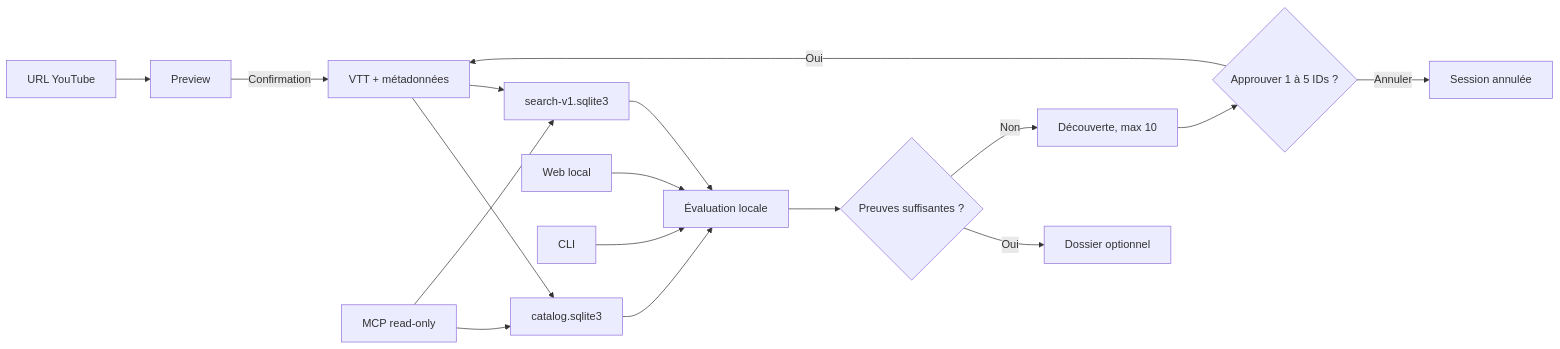
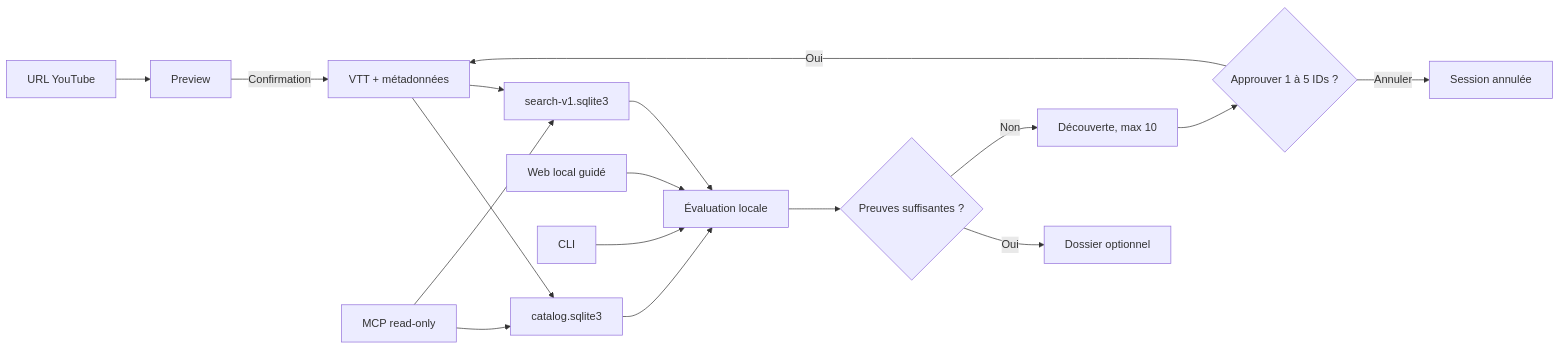
The diagram in docs/DELIVERY-RECAP.md (FlorianBruniaux/youtube-video-insights), drawn with Mermaid before and after one commit. The commit also changed other lines of this file and 30 other files, not shown here.

Commit message:
feat(web): clarify the local research workflow

````diff
--- a/docs/DELIVERY-RECAP.md
+++ b/docs/DELIVERY-RECAP.md
@@ -36,19 +36,19 @@
 ```mermaid
 flowchart LR
     Y[URL YouTube] --> P[Preview]
     P -->|Confirmation| V[VTT + métadonnées]
     V --> C[catalog.sqlite3]
     V --> F[search-v1.sqlite3]
     C --> R[Évaluation locale]
     F --> R
     R --> Q{Preuves suffisantes ?}
     Q -->|Oui| D[Dossier optionnel]
     Q -->|Non| S[Découverte, max 10]
     S --> A{Approuver 1 à 5 IDs ?}
     A -->|Oui| V
     A -->|Annuler| X[Session annulée]
-    UI[Web local] --> R
+    UI[Web local guidé] --> R
     CLI[CLI] --> R
     MCP[MCP read-only] --> C
     MCP --> F
 ```
````
